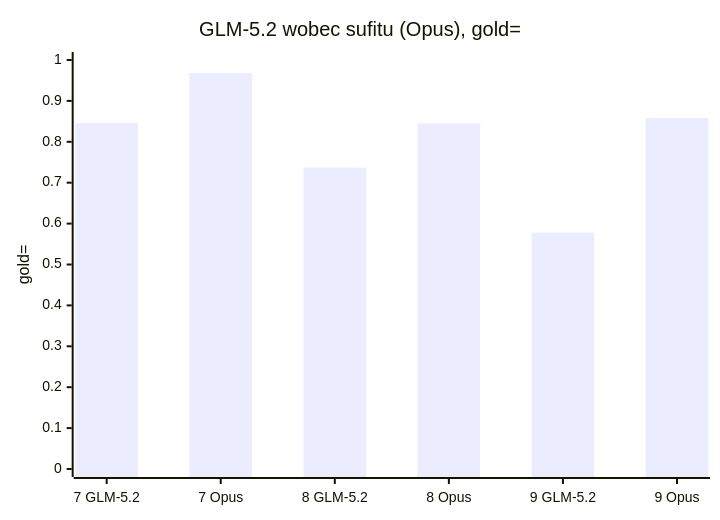
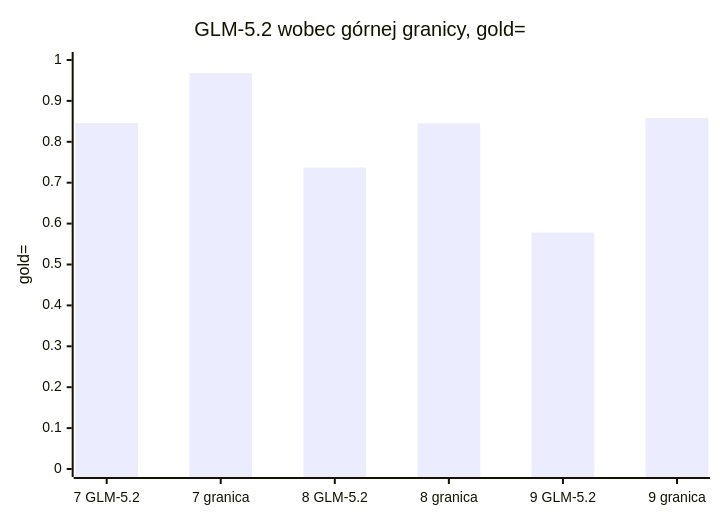
The fourth of 4 diagrams in README.md (Pawel-Kica/coi-formularze), drawn with Mermaid before and after one commit. The commit also changed other lines of this file, not shown here.

Commit message:
README: no vendor names in the deliverable (ceiling = strong closed model, gold = our team's patterns), form 9 thinking test (GLM-5.2 thinking on used the 16k output budget in pass 1, no plan; thinking stays off), E2E placeholder for form 7 only

````diff
--- a/README.md
+++ b/README.md
@@ -431,7 +431,7 @@
 ```mermaid
 xychart-beta
-  title "GLM-5.2 wobec sufitu (Opus), gold="
-  x-axis ["7 GLM-5.2", "7 Opus", "8 GLM-5.2", "8 Opus", "9 GLM-5.2", "9 Opus"]
+  title "GLM-5.2 wobec górnej granicy, gold="
+  x-axis ["7 GLM-5.2", "7 granica", "8 GLM-5.2", "8 granica", "9 GLM-5.2", "9 granica"]
   y-axis "gold=" 0 --> 1
   bar [0.846, 0.968, 0.737, 0.845, 0.578, 0.858]
 ```
````
